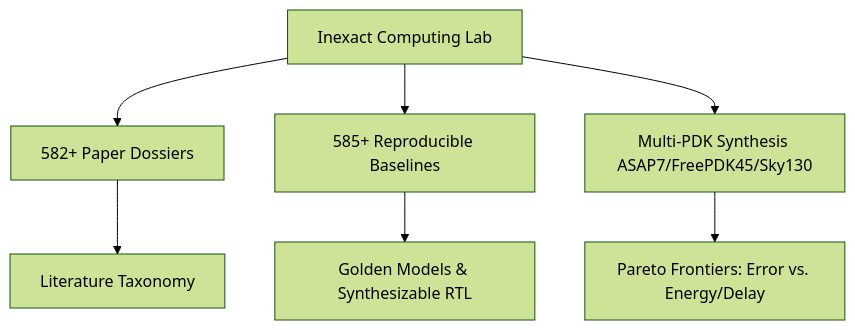
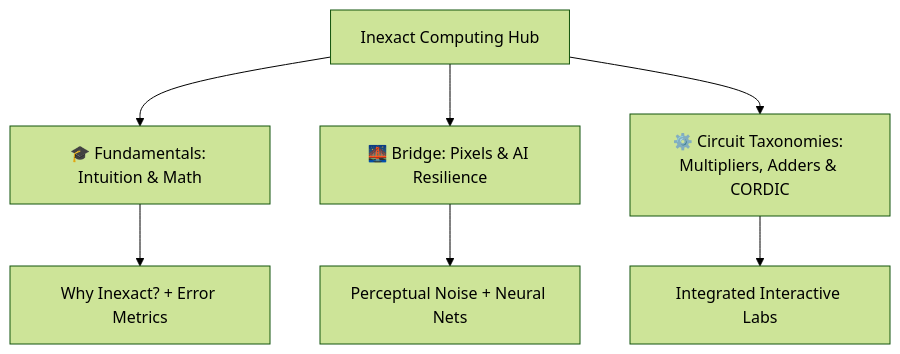
The diagram in docs/index.md (Inexact-Computing/public), drawn with Mermaid (forest theme) before and after one commit. The commit also changed other lines of this file and 19 other files, not shown here.

Commit message:
feat: embed interactive labs directly into chapters and remove learning tracks and benchmarks

````diff
--- a/docs/index.md
+++ b/docs/index.md
@@ -5,9 +5,9 @@
 ```mermaid
 graph TD
-    A[Inexact Computing Lab] --> B[582+ Paper Dossiers]
-    A --> C[585+ Reproducible Baselines]
-    A --> D[Multi-PDK Synthesis ASAP7/FreePDK45/Sky130]
-    B --> E[Literature Taxonomy]
-    C --> F[Golden Models & Synthesizable RTL]
-    D --> G[Pareto Frontiers: Error vs. Energy/Delay]
+    A[Inexact Computing Hub] --> B[🎓 Fundamentals: Intuition & Math]
+    A --> C[🌉 Bridge: Pixels & AI Resilience]
+    A --> D[⚙️ Circuit Taxonomies: Multipliers, Adders & CORDIC]
+    B --> E[Why Inexact? + Error Metrics]
+    C --> F[Perceptual Noise + Neural Nets]
+    D --> G[Integrated Interactive Labs]
 ```
````
